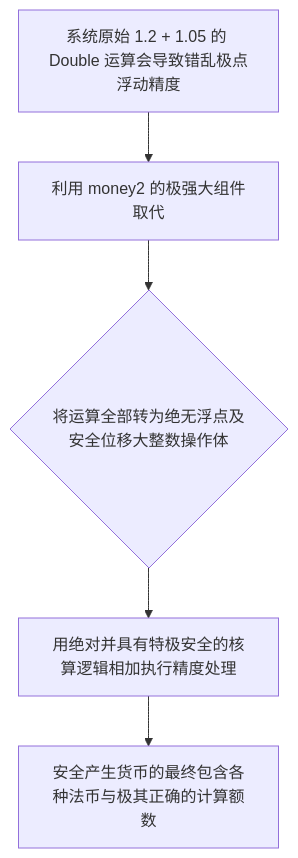
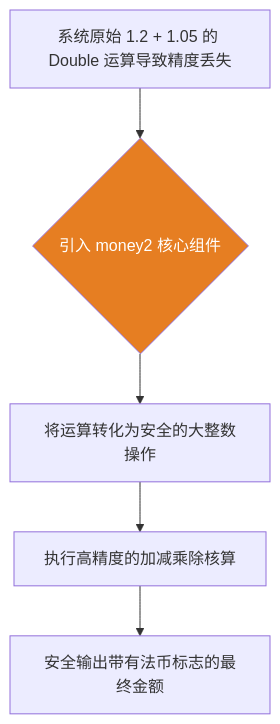
Before and after one commit to happyphper/blog: the diagram in posts/2026/0221/money2.md, drawn with Mermaid. The commit also changed other lines of this file and 4 other files, not shown here.

````diff
--- a/posts/2026/0221/money2.md
+++ b/posts/2026/0221/money2.md
@@ -18,7 +28,8 @@
 ```mermaid
 graph TD
-    A[系统原始 1.2 + 1.05 的 Double 运算会导致错乱极点浮动精度] --> B[利用 money2 的极强大组件取代]
-    B --> C{将运算全部转为绝无浮点及安全位移大整数操作体}
-    C --> D[用绝对并具有特极安全的核算逻辑相加执行精度处理]
-    D --> E[安全产生货币的最终包含各种法币与极其正确的计算额数]
+    A[系统原始 1.2 + 1.05 的 Double 运算导致精度丢失] --> B{引入 money2 核心组件}
+    B --> C[将运算转化为安全的大整数操作]
+    C --> D[执行高精度的加减乘除核算]
+    D --> E[安全输出带有法币标志的最终金额]
+    style B fill:#e67e22,color:white
 ```
````
